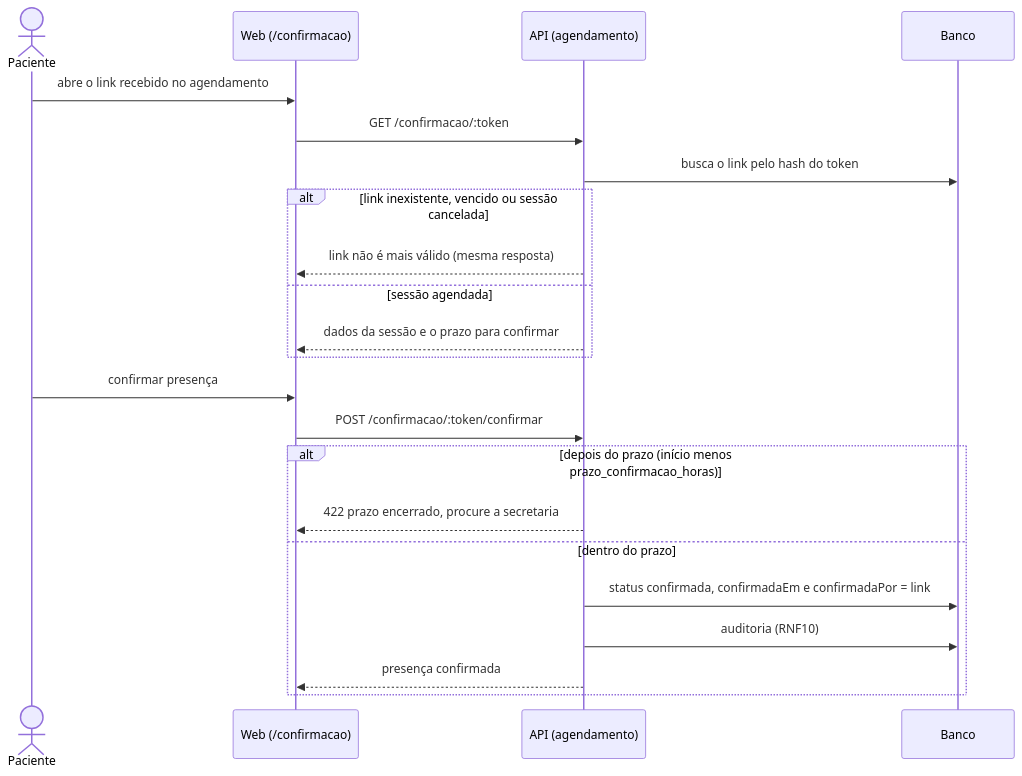
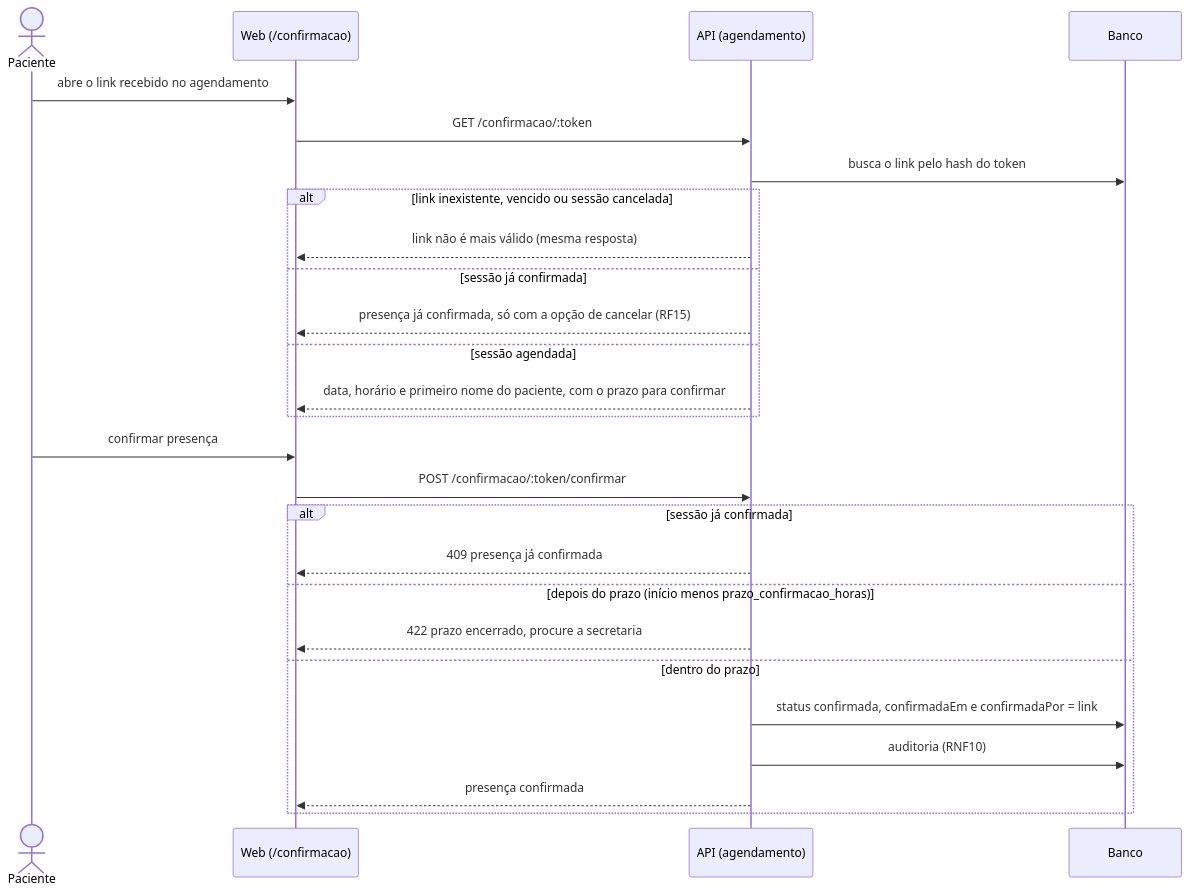
Before and after one commit to mdsreq-fga-unb/REQ-2026.2-T02-ClinicaEscolaFBr: the ninth of 24 diagrams in documentacao/docs/unidade-3/projeto-features-ciclo-4.md, drawn with Mermaid. The commit also changed other lines of this file and 3 other files, not shown here.

````diff
--- a/documentacao/docs/unidade-3/projeto-features-ciclo-4.md
+++ b/documentacao/docs/unidade-3/projeto-features-ciclo-4.md
@@ -370,24 +378,28 @@
 ```mermaid
 sequenceDiagram
     actor P as Paciente
     participant W as Web (/confirmacao)
     participant A as API (agendamento)
     participant DB as Banco
     P->>W: abre o link recebido no agendamento
     W->>A: GET /confirmacao/:token
     A->>DB: busca o link pelo hash do token
     alt link inexistente, vencido ou sessão cancelada
         A-->>W: link não é mais válido (mesma resposta)
+    else sessão já confirmada
+        A-->>W: presença já confirmada, só com a opção de cancelar (RF15)
     else sessão agendada
-        A-->>W: dados da sessão e o prazo para confirmar
+        A-->>W: data, horário e primeiro nome do paciente, com o prazo para confirmar
     end
     P->>W: confirmar presença
     W->>A: POST /confirmacao/:token/confirmar
-    alt depois do prazo (início menos prazo_confirmacao_horas)
+    alt sessão já confirmada
+        A-->>W: 409 presença já confirmada
+    else depois do prazo (início menos prazo_confirmacao_horas)
         A-->>W: 422 prazo encerrado, procure a secretaria
     else dentro do prazo
         A->>DB: status confirmada, confirmadaEm e confirmadaPor = link
         A->>DB: auditoria (RNF10)
         A-->>W: presença confirmada
     end
 ```
````
